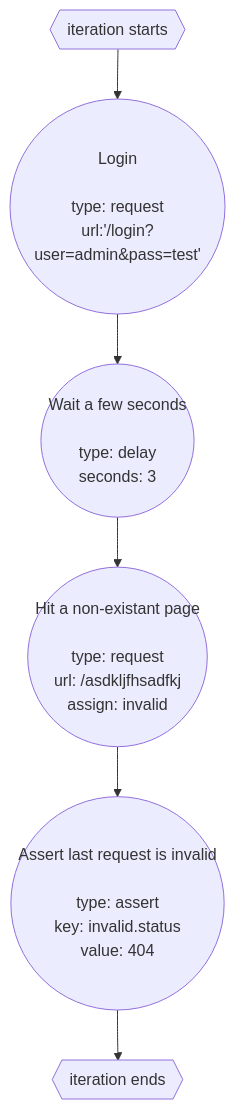
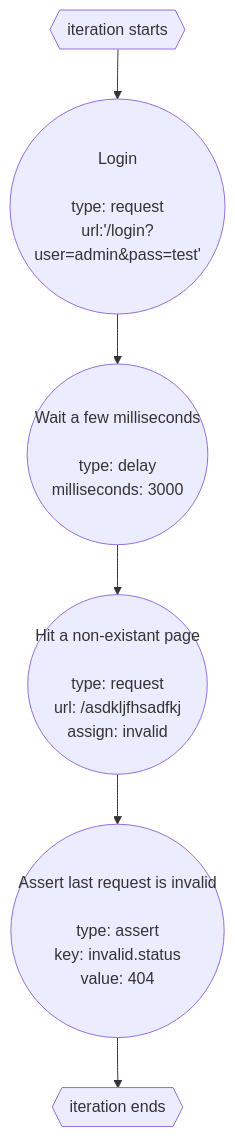
The diagram in docs/src/content/docs/benchmark-reference/actions/index.mdx (Descent098/floodr), drawn with Mermaid before and after one commit. The commit also changed other lines of this file and 17 other files, not shown here.

````diff
--- a/docs/src/content/docs/benchmark-reference/actions/index.mdx
+++ b/docs/src/content/docs/benchmark-reference/actions/index.mdx
@@ -32,9 +32,9 @@
 ```mermaid
 flowchart TD
     B(("Login<br/><br/>type: request<br/>url:'/login?user=admin&pass=test'"))
-    C(("Wait a few seconds<br/><br/>type: delay<br/>seconds: 3"))
+    C(("Wait a few milliseconds<br/><br/>type: delay<br/>milliseconds: 3000"))
     D(("Hit a non-existant page<br/><br/>type: request<br/>url: /asdkljfhsadfkj<br/>assign: invalid"))
     E(("Assert last request is invalid<br/><br/>type: assert<br/>key: invalid.status<br/>value: 404"))
 
     A{{iteration starts}}-->B-->C-->D-->E-->F{{iteration ends}}
 ```
````
